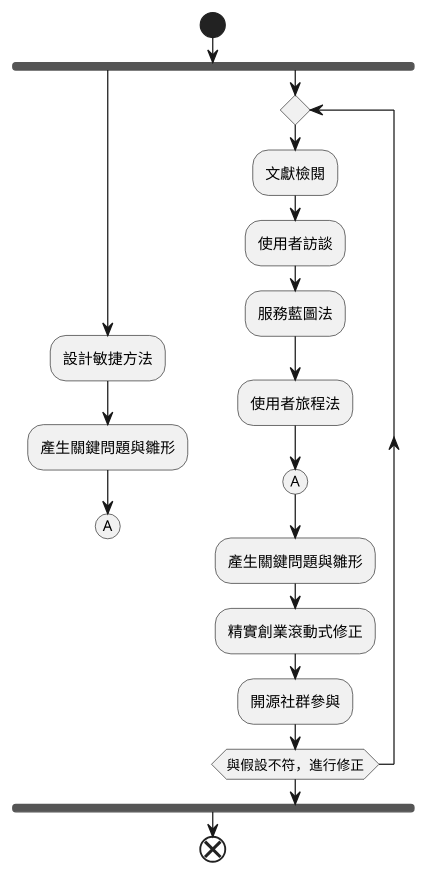
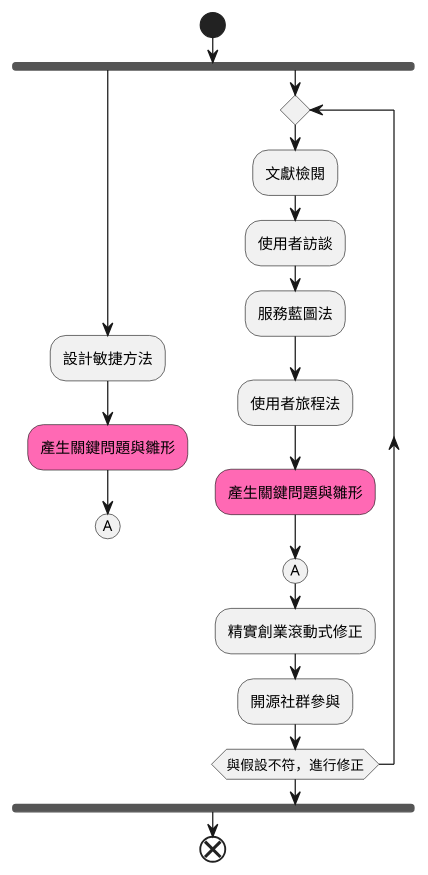
The first of 2 diagrams in report2/README.org (SenseTW/ArrTMDReport), drawn with PlantUML before and after one commit. The commit also changed 1 other file, not shown here.

Commit message:
SAVEPOINT

```diff
--- a/report2/README.org
+++ b/report2/README.org
@@ -164,21 +164,21 @@
  #+BEGIN_SRC plantuml :results none :file research_flow.png
    start
    fork
       :設計敏捷方法;
-      :產生關鍵問題與雛形;
+      #HotPink:產生關鍵問題與雛形;
        (A)
        detach
    fork again
        repeat
        :文獻檢閱;
        :使用者訪談;
        :服務藍圖法;
        :使用者旅程法;
+       #HotPink:產生關鍵問題與雛形;
        (A)
-       :產生關鍵問題與雛形;
        :精實創業滾動式修正;
        :開源社群參與;
        repeat while (與假設不符，進行修正)
    endfork
    end
  #+END_SRC
```
